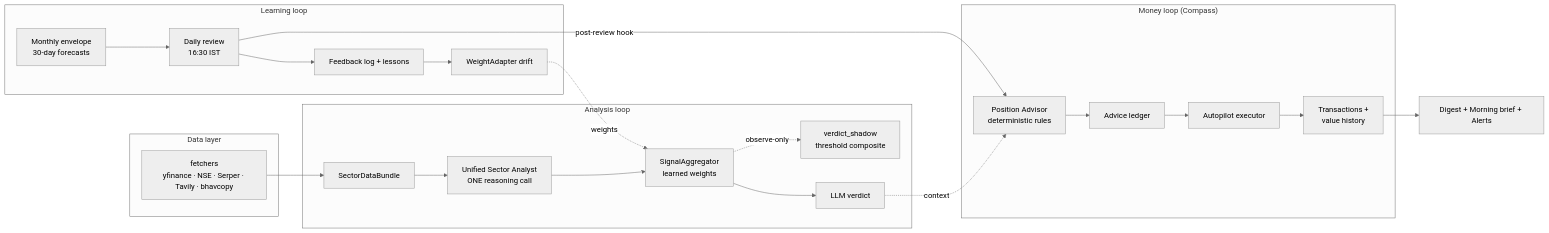
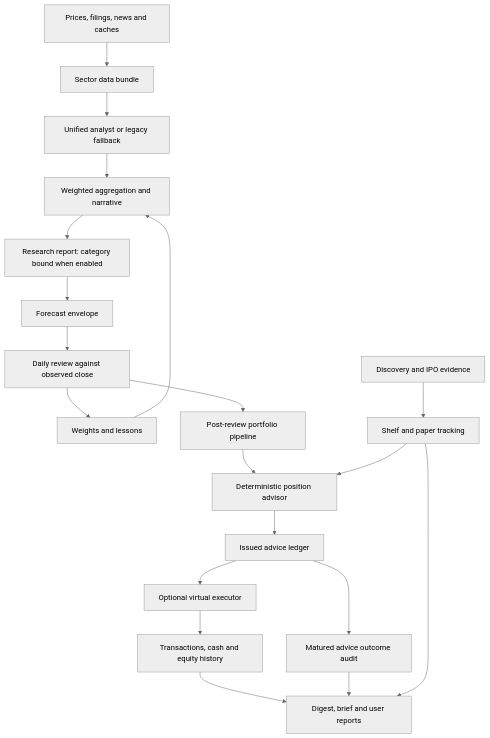
The diagram in docs/ARCHITECTURE.md (RevanParimi/StockAgent), drawn with Mermaid (neutral theme) before and after one commit. The commit also changed other lines of this file and 56 other files, not shown here.

````diff
--- a/docs/ARCHITECTURE.md
+++ b/docs/ARCHITECTURE.md
@@ -35,26 +30,22 @@
 ```mermaid
-flowchart LR
-    subgraph Data["Data layer"]
-        F[fetchers<br/>yfinance · NSE · Serper · Tavily · bhavcopy]
-    end
-    subgraph Analysis["Analysis loop"]
-        B[SectorDataBundle] --> U[Unified Sector Analyst<br/>ONE reasoning call]
-        U --> SA[SignalAggregator<br/>learned weights]
-        SA --> V[LLM verdict]
-        SA -.observe-only.-> VS[verdict_shadow<br/>threshold composite]
-    end
-    subgraph RL["Learning loop"]
-        E[Monthly envelope<br/>30-day forecasts] --> DR[Daily review<br/>16:30 IST]
-        DR --> FB[Feedback log + lessons]
-        FB --> WA[WeightAdapter drift]
-        WA -.weights.-> SA
-    end
-    subgraph Money["Money loop (Compass)"]
-        ADV[Position Advisor<br/>deterministic rules] --> AL[Advice ledger]
-        AL --> AP[Autopilot executor] --> TX[Transactions +<br/>value history]
-    end
-    F --> B
-    DR -->|post-review hook| ADV
-    V -.context.-> ADV
-    TX --> DG[Digest + Morning brief + Alerts]
+flowchart TD
+    D[Prices, filings, news and caches] --> B[Sector data bundle]
+    B --> U[Unified analyst or legacy fallback]
+    U --> A[Weighted aggregation and narrative]
+    W[Weights and lessons] --> A
+    A --> R[Research report: category bound when enabled]
+    R --> E[Forecast envelope]
+    E --> F[Daily review against observed close]
+    F --> W
+    F --> P[Post-review portfolio pipeline]
+    P --> V[Deterministic position advisor]
+    V --> L[Issued advice ledger]
+    L --> X[Optional virtual executor]
+    X --> T[Transactions, cash and equity history]
+    L --> O[Matured advice outcome audit]
+    T --> S[Digest, brief and user reports]
+    O --> S
+    I[Discovery and IPO evidence] --> C[Shelf and paper tracking]
+    C --> V
+    C --> S
 ```
````
